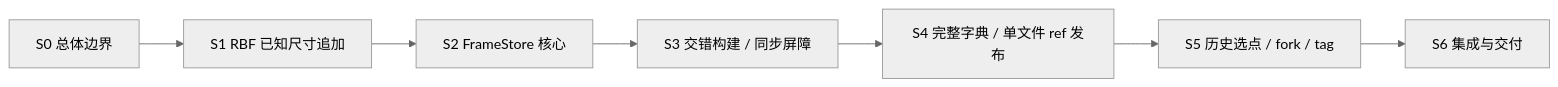
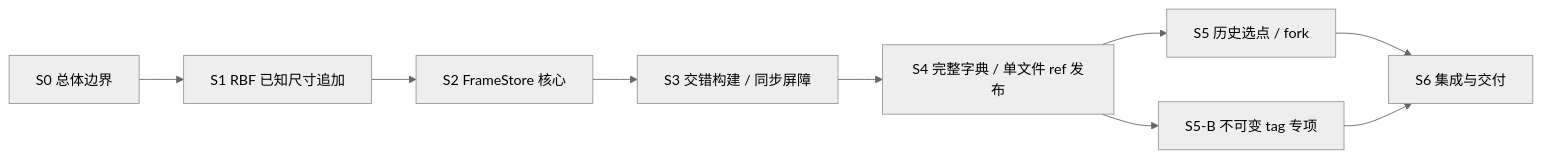
Before and after one commit to Atelia-org/atelia-storage: the diagram in docs/FrameStore-VersionStore/README.md, drawn with Mermaid (neutral theme). The commit also changed other lines of this file and 6 other files, not shown here.

````diff
--- a/docs/FrameStore-VersionStore/README.md
+++ b/docs/FrameStore-VersionStore/README.md
@@ -73,9 +73,11 @@
 ```mermaid
 flowchart LR
     S0["S0 总体边界"] --> S1["S1 RBF 已知尺寸追加"]
     S1 --> S2["S2 FrameStore 核心"]
     S2 --> S3["S3 交错构建 / 同步屏障"]
     S3 --> S4["S4 完整字典 / 单文件 ref 发布"]
-    S4 --> S5["S5 历史选点 / fork / tag"]
+    S4 --> S5["S5 历史选点 / fork"]
+    S4 --> Tags["S5-B 不可变 tag 专项"]
     S5 --> S6["S6 集成与交付"]
+    Tags --> S6
 ```
````
